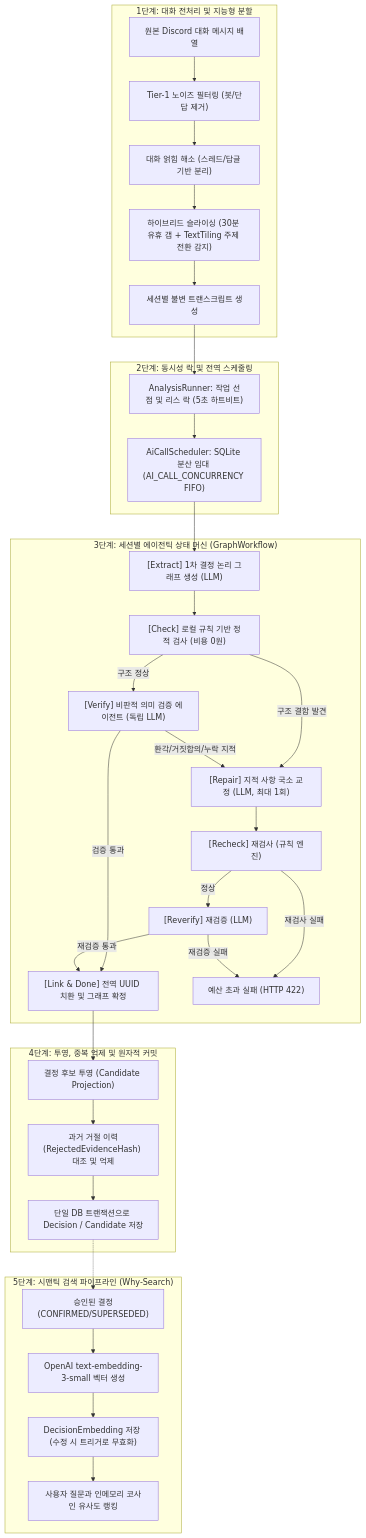
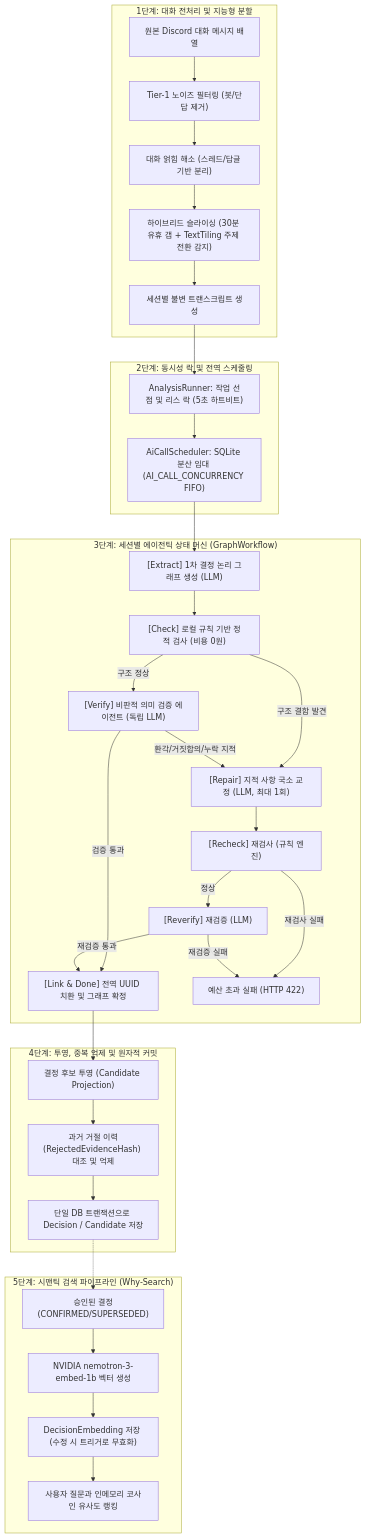
The diagram in docs/ai-operation-logic.md (WooDDANG/ggadak), drawn with Mermaid before and after one commit. The commit also changed other lines of this file and 6 other files, not shown here.

````diff
--- a/docs/ai-operation-logic.md
+++ b/docs/ai-operation-logic.md
@@ -24,45 +24,45 @@
 ```mermaid
 flowchart TD
     subgraph INGEST["1단계: 대화 전처리 및 지능형 분할"]
         A1["원본 Discord 대화 메시지 배열"] --> A2["Tier-1 노이즈 필터링 (봇/단답 제거)"]
         A2 --> A3["대화 얽힘 해소 (스레드/답글 기반 분리)"]
         A3 --> A4["하이브리드 슬라이싱 (30분 유휴 갭 + TextTiling 주제 전환 감지)"]
         A4 --> A5["세션별 불변 트랜스크립트 생성"]
     end
 
     subgraph SCHEDULER["2단계: 동시성 락 및 전역 스케줄링"]
         A5 --> B1["AnalysisRunner: 작업 선점 및 리스 락 (5초 하트비트)"]
         B1 --> B2["AiCallScheduler: SQLite 분산 임대 (AI_CALL_CONCURRENCY FIFO)"]
     end
 
     subgraph AGENTIC_FSM["3단계: 세션별 에이전틱 상태 머신 (GraphWorkflow)"]
         B2 --> C1["[Extract] 1차 결정 논리 그래프 생성 (LLM)"]
         C1 --> C2["[Check] 로컬 규칙 기반 정적 검사 (비용 0원)"]
 
         C2 -- "구조 결함 발견" --> C4["[Repair] 지적 사항 국소 교정 (LLM, 최대 1회)"]
         C2 -- "구조 정상" --> C3["[Verify] 비판적 의미 검증 에이전트 (독립 LLM)"]
 
         C3 -- "환각/거짓합의/누락 지적" --> C4
         C4 --> C5["[Recheck] 재검사 (규칙 엔진)"]
         C5 -- "정상" --> C6["[Reverify] 재검증 (LLM)"]
 
         C3 -- "검증 통과" --> C7["[Link & Done] 전역 UUID 치환 및 그래프 확정"]
         C6 -- "재검증 통과" --> C7
 
         C5 -- "재검사 실패" --> C_FAIL["예산 초과 실패 (HTTP 422)"]
         C6 -- "재검증 실패" --> C_FAIL
     end
 
     subgraph PUBLISH["4단계: 투영, 중복 억제 및 원자적 커밋"]
         C7 --> D1["결정 후보 투영 (Candidate Projection)"]
         D1 --> D2["과거 거절 이력(RejectedEvidenceHash) 대조 및 억제"]
         D2 --> D3["단일 DB 트랜잭션으로 Decision / Candidate 저장"]
     end
 
     subgraph SEARCH["5단계: 시맨틱 검색 파이프라인 (Why-Search)"]
         D3 -.-> E1["승인된 결정(CONFIRMED/SUPERSEDED)"]
-        E1 --> E2["OpenAI text-embedding-3-small 벡터 생성"]
+        E1 --> E2["NVIDIA nemotron-3-embed-1b 벡터 생성"]
         E2 --> E3["DecisionEmbedding 저장 (수정 시 트리거로 무효화)"]
         E3 --> E4["사용자 질문과 인메모리 코사인 유사도 랭킹"]
     end
 ```
````
